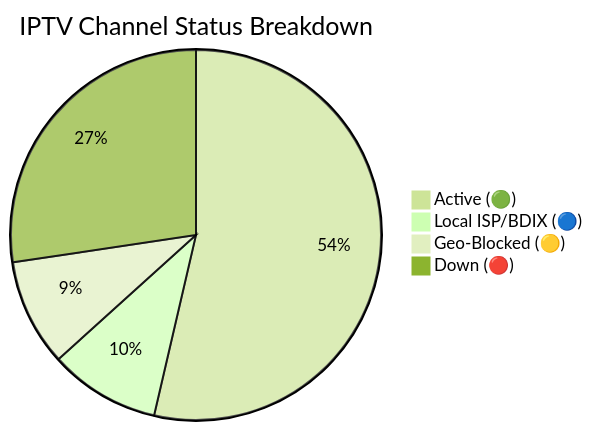
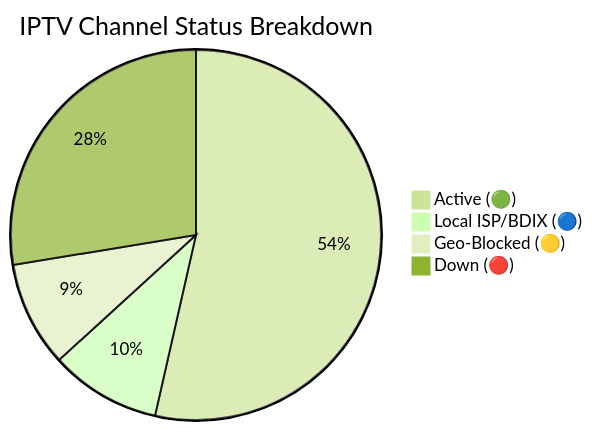
The diagram in README.md (f6388600-ai/Web), drawn with Mermaid (forest theme) before and after one commit. The commit also changed other lines of this file and 6 other files, not shown here.

````diff
--- a/README.md
+++ b/README.md
@@ -149,7 +149,7 @@
 ```mermaid
 pie title IPTV Channel Status Breakdown
-    "Active (🟢)" : 9296
-    "Local ISP/BDIX (🔵)" : 1677
-    "Geo-Blocked (🟡)" : 1617
-    "Down (🔴)" : 4742
+    "Active (🟢)" : 9273
+    "Local ISP/BDIX (🔵)" : 1676
+    "Geo-Blocked (🟡)" : 1591
+    "Down (🔴)" : 4777
 ```
````
